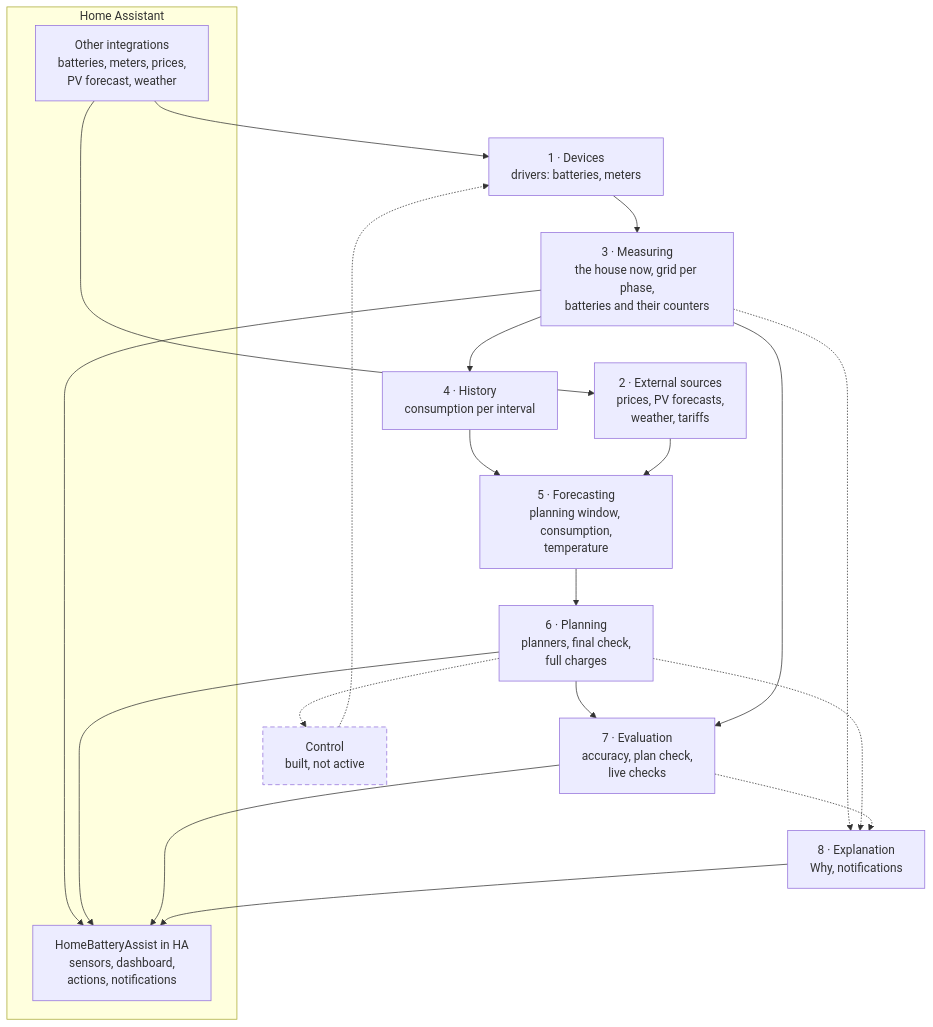
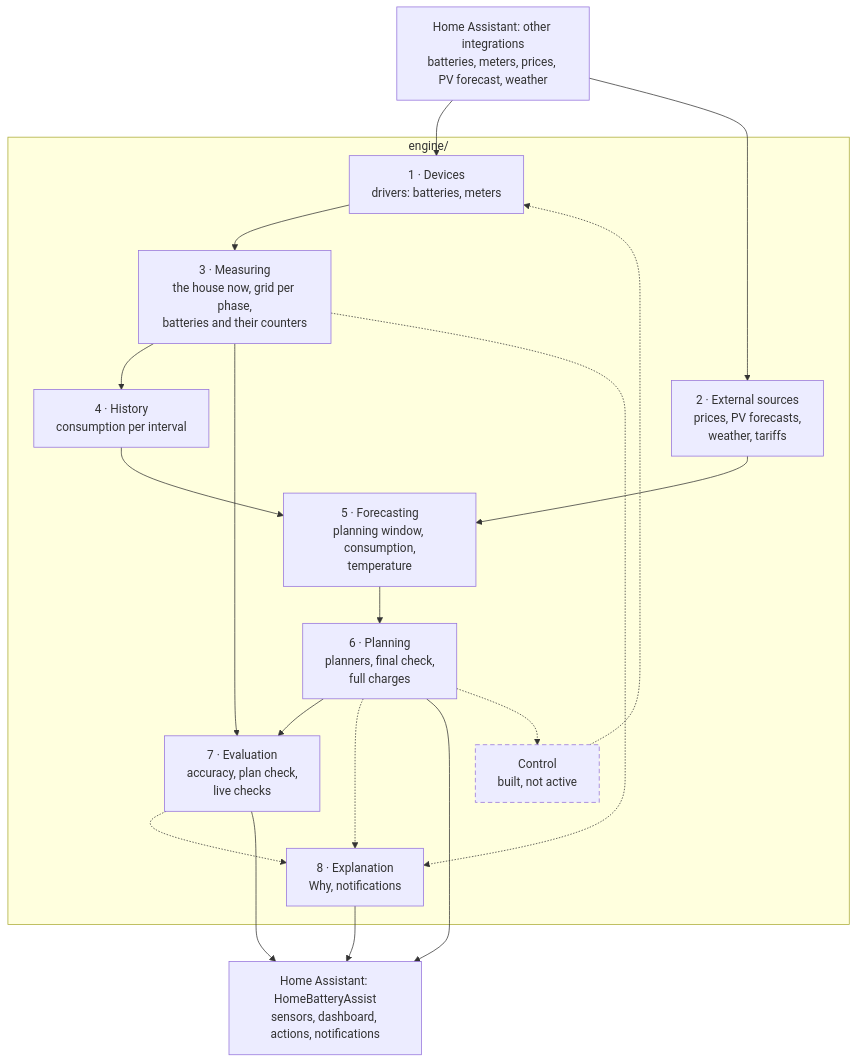
The first of 3 diagrams in docs/architecture.md (mvanrijnen/HomeBatteryAssist), drawn with Mermaid before and after one commit. The commit also changed other lines of this file and 1 other file, not shown here.

Commit message:
Architecture diagram: data in at the top, out at the bottom
Claude-Session: https://claude.ai/code/session_015DHHqdXz2oDh9niSFSqyWv

````diff
--- a/docs/architecture.md
+++ b/docs/architecture.md
@@ -23,36 +23,35 @@
 ```mermaid
 flowchart TB
-  subgraph HA["Home Assistant"]
-    INT["Other integrations<br/>batteries, meters, prices,<br/>PV forecast, weather"]
-    OUT["HomeBatteryAssist in HA<br/>sensors, dashboard,<br/>actions, notifications"]
+  INT["Home Assistant: other integrations<br/>batteries, meters, prices, PV forecast, weather"]
+  subgraph ENGINE["engine/"]
+    DEV["1 · Devices<br/>drivers: batteries, meters"]
+    SRC["2 · External sources<br/>prices, PV forecasts,<br/>weather, tariffs"]
+    MEA["3 · Measuring<br/>the house now, grid per phase,<br/>batteries and their counters"]
+    HIS["4 · History<br/>consumption per interval"]
+    FOR["5 · Forecasting<br/>planning window, consumption,<br/>temperature"]
+    PLA["6 · Planning<br/>planners, final check,<br/>full charges"]
+    EVA["7 · Evaluation<br/>accuracy, plan check,<br/>live checks"]
+    EXP["8 · Explanation<br/>Why, notifications"]
+    CTL["Control<br/>built, not active"]
   end
-  DEV["1 · Devices<br/>drivers: batteries, meters"]
-  SRC["2 · External sources<br/>prices, PV forecasts,<br/>weather, tariffs"]
-  MEA["3 · Measuring<br/>the house now, grid per phase,<br/>batteries and their counters"]
-  HIS["4 · History<br/>consumption per interval"]
-  FOR["5 · Forecasting<br/>planning window, consumption,<br/>temperature"]
-  PLA["6 · Planning<br/>planners, final check,<br/>full charges"]
-  EVA["7 · Evaluation<br/>accuracy, plan check,<br/>live checks"]
-  EXP["8 · Explanation<br/>Why, notifications"]
-  CTL["Control<br/>built, not active"]
+  OUT["Home Assistant: HomeBatteryAssist<br/>sensors, dashboard, actions, notifications"]
   INT --> DEV
   INT --> SRC
   DEV --> MEA
   MEA --> HIS
   HIS --> FOR
   SRC --> FOR
   FOR --> PLA
   PLA --> EVA
   MEA --> EVA
   MEA -.-> EXP
   PLA -.-> EXP
   EVA -.-> EXP
-  MEA --> OUT
   PLA --> OUT
   EVA --> OUT
   EXP --> OUT
   PLA -.-> CTL
   CTL -.-> DEV
   classDef off stroke-dasharray: 6 4
   class CTL off
 ```
````
